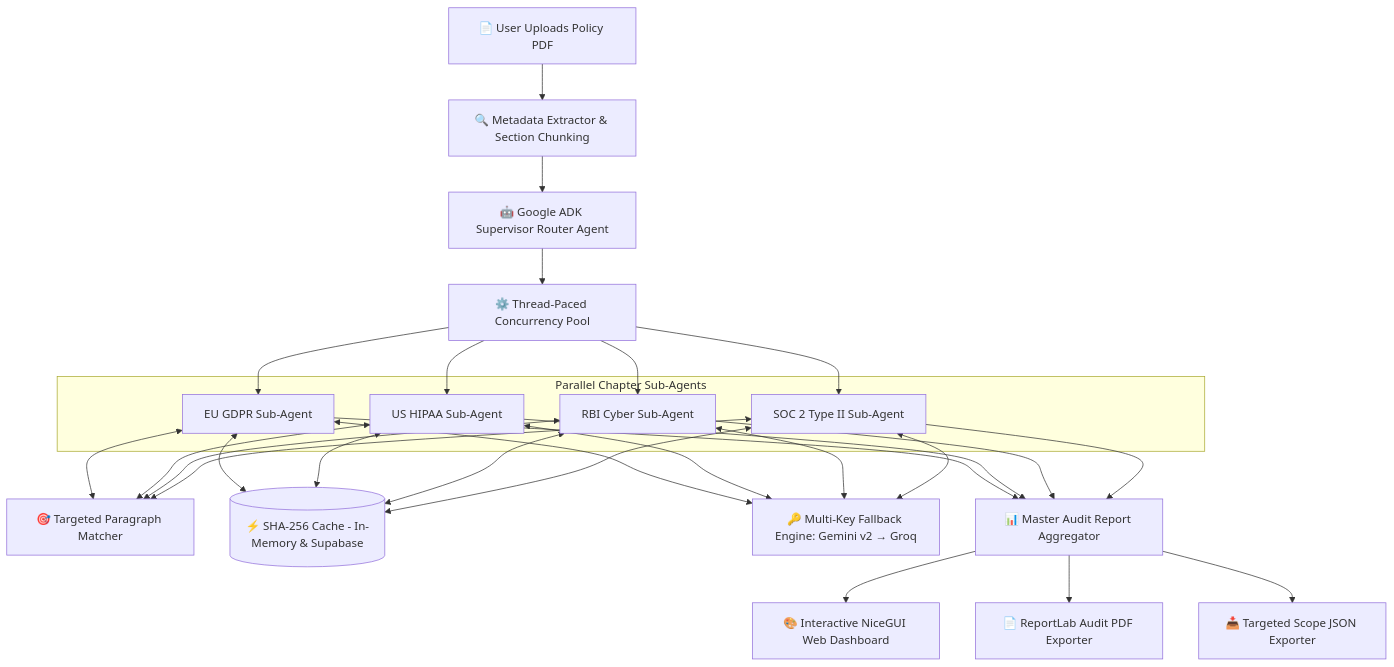
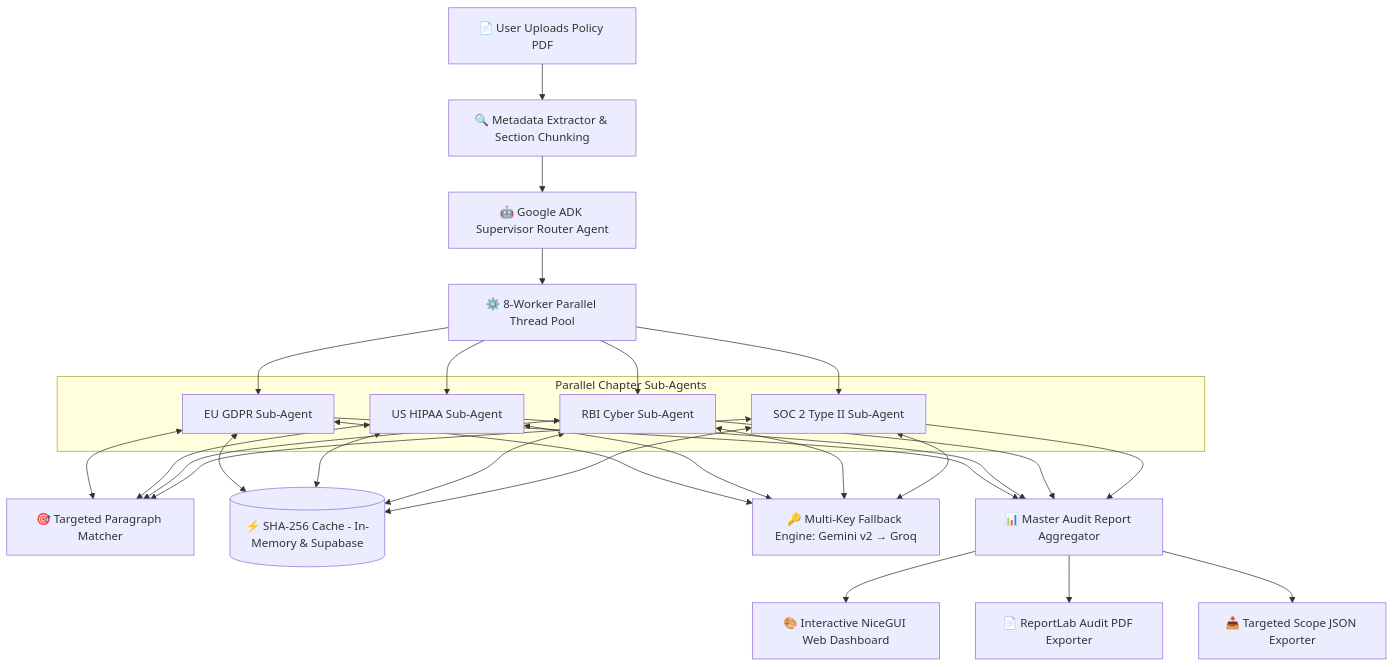
Before and after one commit to YashVaswani/LexMesh: the diagram in README.md, drawn with Mermaid. The commit also changed other lines of this file and 1 other file, not shown here.

````diff
--- a/README.md
+++ b/README.md
@@ -41,25 +42,25 @@
 ```mermaid
 flowchart TD
     A[📄 User Uploads Policy PDF] --> B[🔍 Metadata Extractor & Section Chunking]
     B --> C[🤖 Google ADK Supervisor Router Agent]
-    C --> D[⚙️ Thread-Paced Concurrency Pool]
+    C --> D[⚙️ 8-Worker Parallel Thread Pool]
     
     subgraph ParallelSubAgents [Parallel Chapter Sub-Agents]
         E1[EU GDPR Sub-Agent]
         E2[US HIPAA Sub-Agent]
         E3[RBI Cyber Sub-Agent]
         E4[SOC 2 Type II Sub-Agent]
     end
     
     D --> E1 & E2 & E3 & E4
     
     E1 & E2 & E3 & E4 <--> F[🎯 Targeted Paragraph Matcher]
     E1 & E2 & E3 & E4 <--> G[(⚡ SHA-256 Cache - In-Memory & Supabase)]
     E1 & E2 & E3 & E4 <--> H[🔑 Multi-Key Fallback Engine: Gemini v2 → Groq]
     
     E1 & E2 & E3 & E4 --> I[📊 Master Audit Report Aggregator]
     
     I --> J[🎨 Interactive NiceGUI Web Dashboard]
     I --> K[📄 ReportLab Audit PDF Exporter]
     I --> L[📥 Targeted Scope JSON Exporter]
 ```
````
